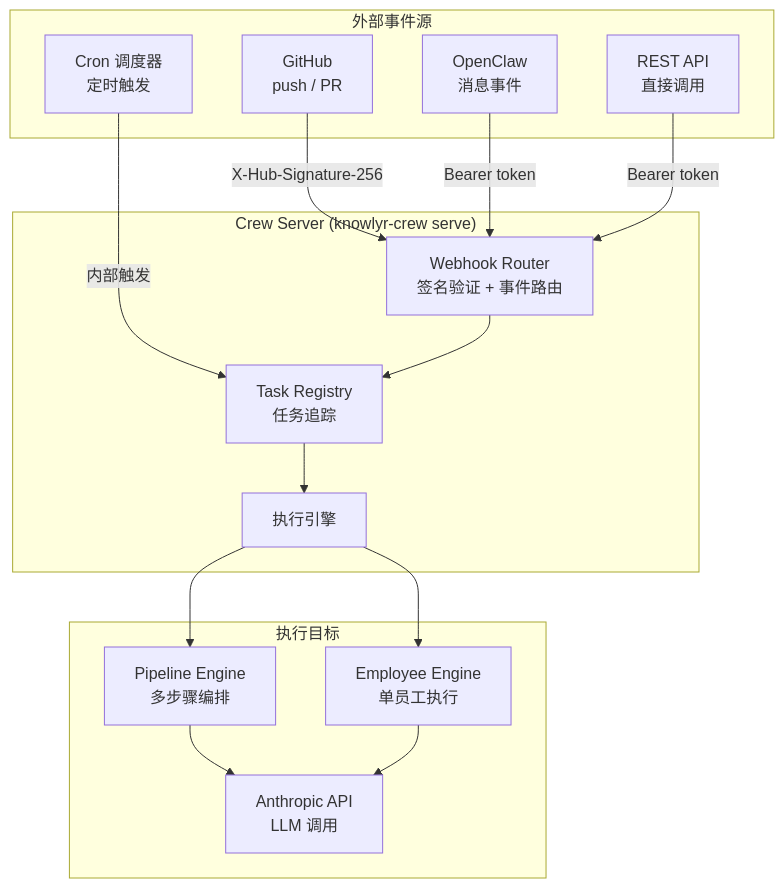
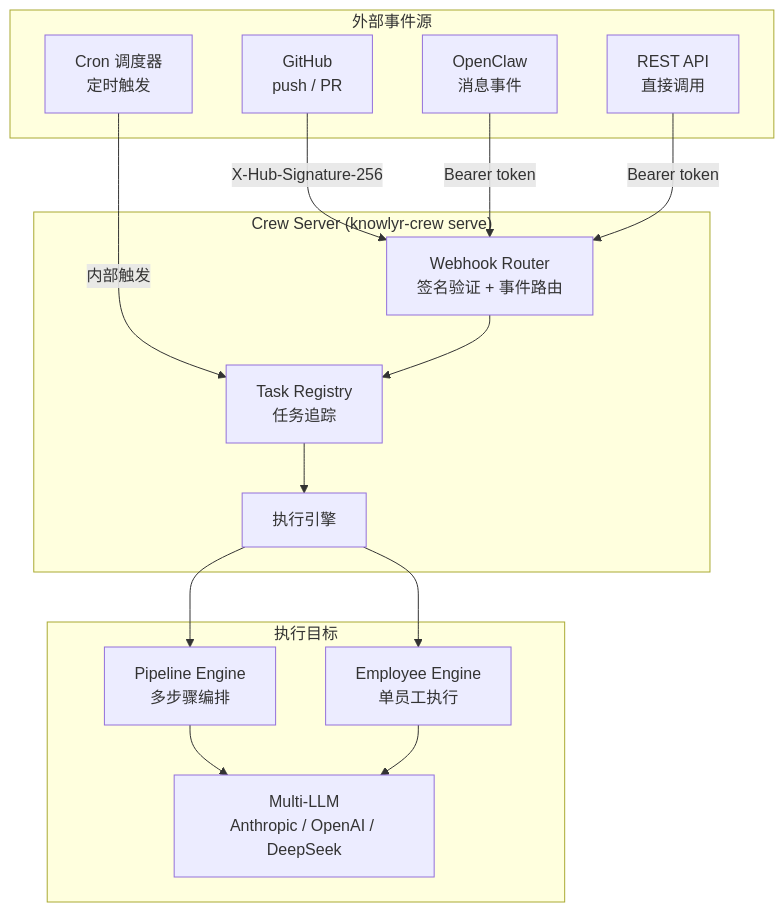
Before and after one commit to liuxiaotong/knowlyr-crew: the second of 3 diagrams in README.md, drawn with Mermaid. The commit also changed other lines of this file and 4 other files, not shown here.

````diff
--- a/README.md
+++ b/README.md
@@ -595,33 +606,33 @@
 ```mermaid
 graph TB
     subgraph "外部事件源"
         GH["GitHub<br/>push / PR"]
         OC["OpenClaw<br/>消息事件"]
         API["REST API<br/>直接调用"]
         CRON["Cron 调度器<br/>定时触发"]
     end
 
     subgraph "Crew Server (knowlyr-crew serve)"
         WH["Webhook Router<br/>签名验证 + 事件路由"]
         TR["Task Registry<br/>任务追踪"]
         EX["执行引擎"]
     end
 
     subgraph "执行目标"
         PL["Pipeline Engine<br/>多步骤编排"]
         EM["Employee Engine<br/>单员工执行"]
-        LLM["Anthropic API<br/>LLM 调用"]
+        LLM["Multi-LLM<br/>Anthropic / OpenAI / DeepSeek"]
     end
 
     GH -->|X-Hub-Signature-256| WH
     OC -->|Bearer token| WH
     API -->|Bearer token| WH
     CRON -->|内部触发| TR
 
     WH --> TR
     TR --> EX
     EX --> PL
     EX --> EM
     PL --> LLM
     EM --> LLM
 ```
````
